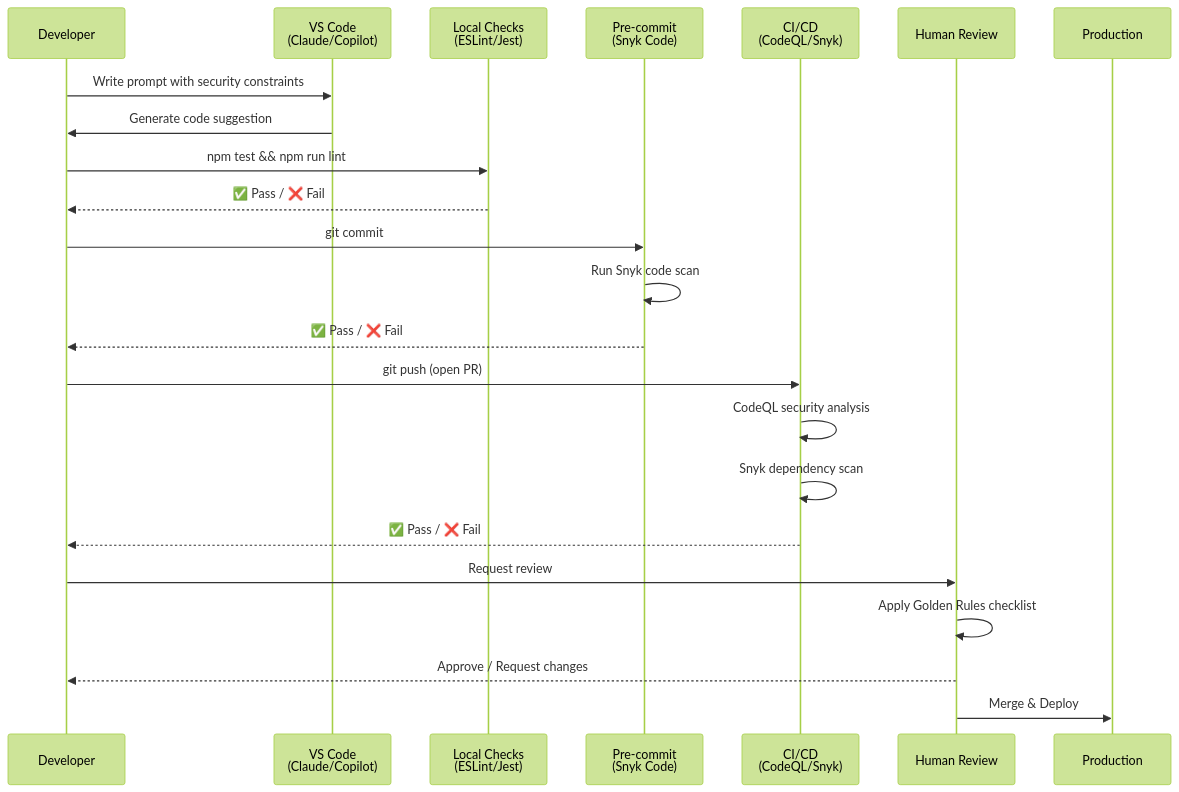
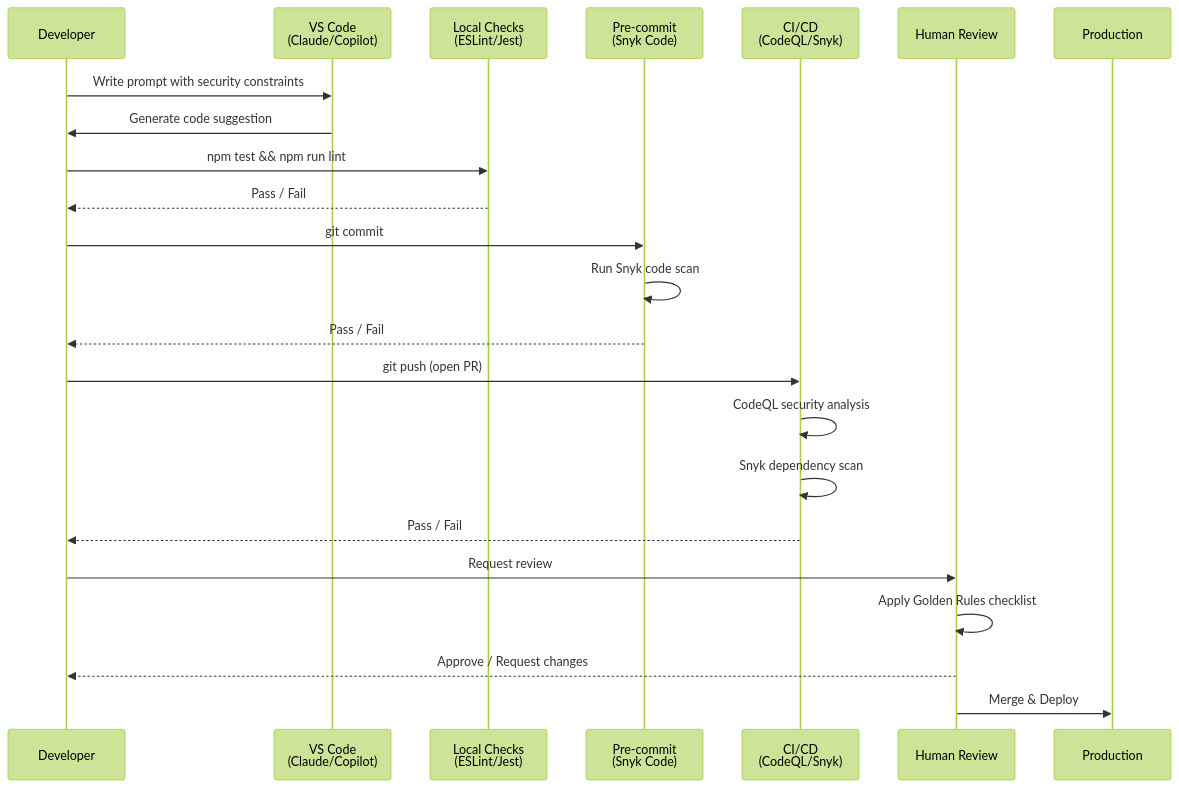
One commit to AliceNN-ucdenver/MaintainabilityAI changed the second of 3 diagrams in README.md. Above: the diagram before and after it, drawn with Mermaid (forest theme). The commit also changed other lines of this file, not shown here.

Commit message:
read me updated

````diff
--- a/README.md
+++ b/README.md
@@ -91,26 +91,26 @@
 ```mermaid
 sequenceDiagram
     participant Dev as Developer
     participant IDE as VS Code<br/>(Claude/Copilot)
     participant Local as Local Checks<br/>(ESLint/Jest)
     participant Git as Pre-commit<br/>(Snyk Code)
     participant CI as CI/CD<br/>(CodeQL/Snyk)
     participant Human as Human Review
     participant Prod as Production
 
     Dev->>IDE: Write prompt with security constraints
     IDE->>Dev: Generate code suggestion
     Dev->>Local: npm test && npm run lint
-    Local-->>Dev: ✅ Pass / ❌ Fail
+    Local-->>Dev: Pass / Fail
     Dev->>Git: git commit
     Git->>Git: Run Snyk code scan
-    Git-->>Dev: ✅ Pass / ❌ Fail
+    Git-->>Dev: Pass / Fail
     Dev->>CI: git push (open PR)
     CI->>CI: CodeQL security analysis
     CI->>CI: Snyk dependency scan
-    CI-->>Dev: ✅ Pass / ❌ Fail
+    CI-->>Dev: Pass / Fail
     Dev->>Human: Request review
     Human->>Human: Apply Golden Rules checklist
     Human-->>Dev: Approve / Request changes
     Human->>Prod: Merge & Deploy
 ```
````
